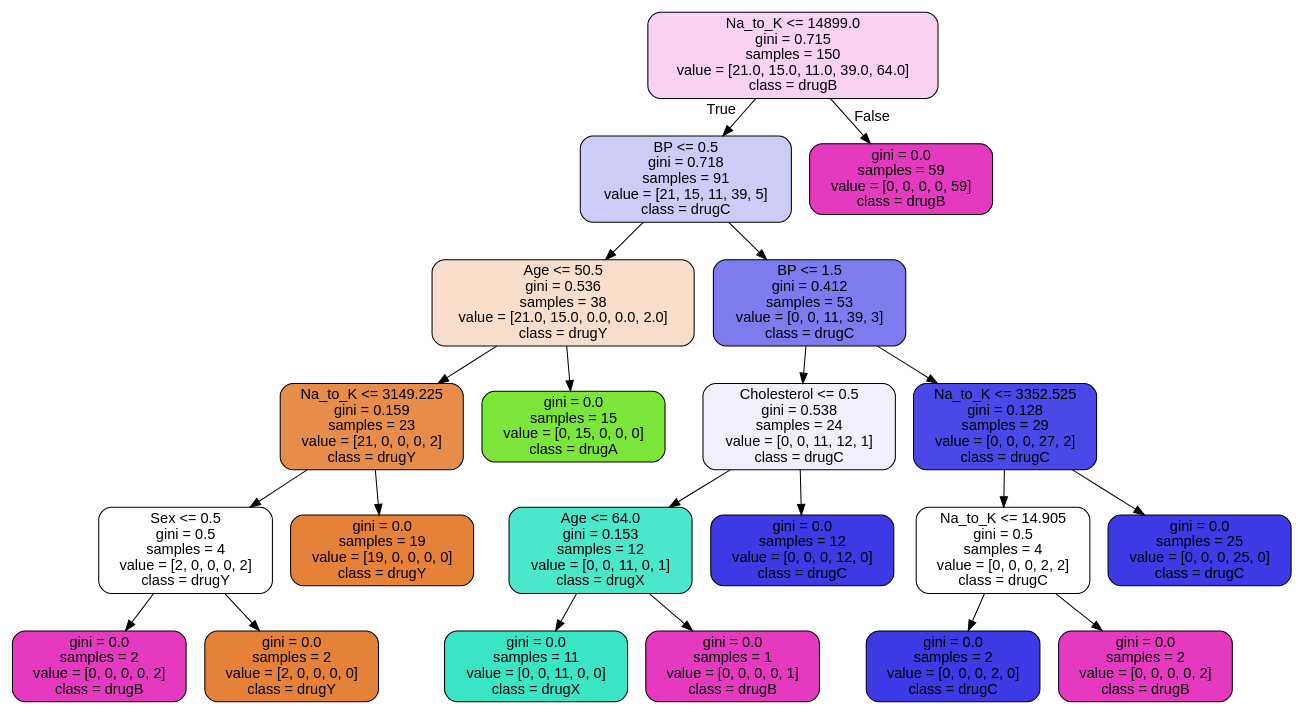
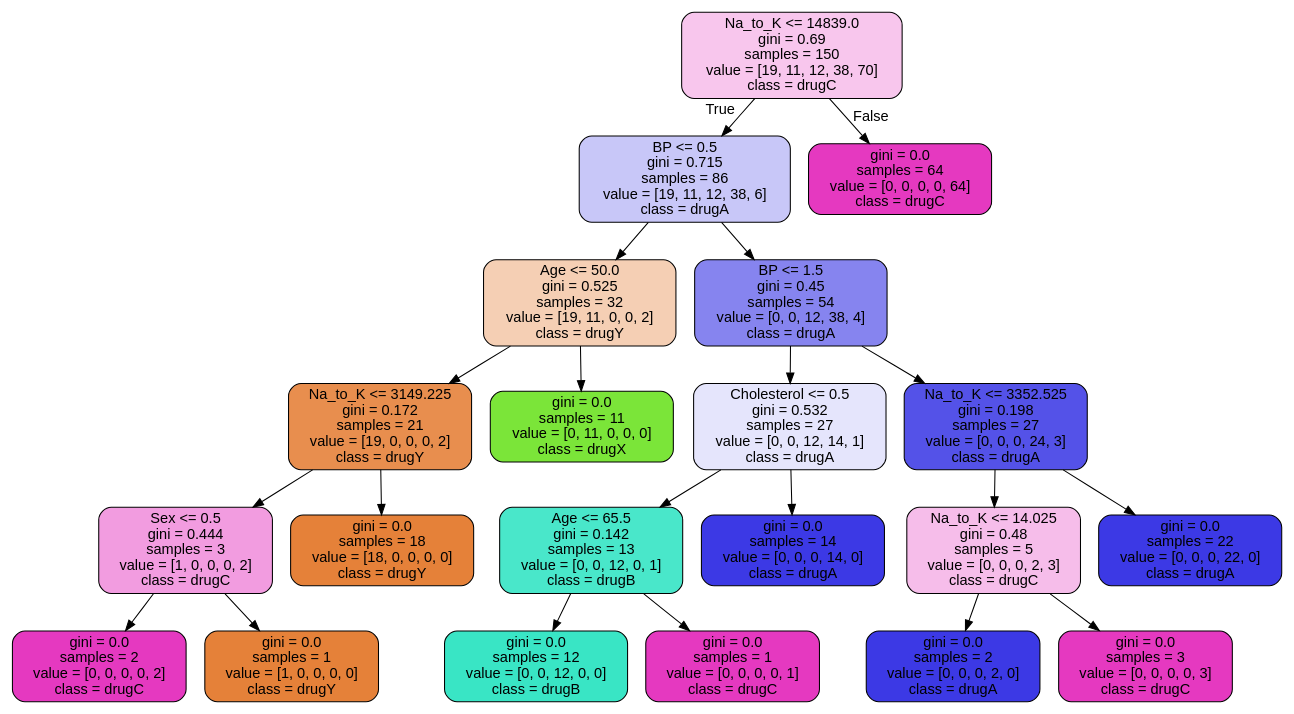
One commit to pablesite/master-matematicas changed the diagram in tecnicas-multivariantes/images/tree_clf_default.dot. Above: the diagram before and after it, drawn with Graphviz. The commit also changed 6 other files, not shown here.

```diff
--- a/tecnicas-multivariantes/images/tree_clf_default.dot
+++ b/tecnicas-multivariantes/images/tree_clf_default.dot
@@ -1,45 +1,45 @@
 digraph Tree {
 node [shape=box, style="filled, rounded", color="black", fontname="helvetica"] ;
 edge [fontname="helvetica"] ;
-0 [label="Na_to_K <= 14899.0\ngini = 0.715\nsamples = 150\nvalue = [21.0, 15.0, 11.0, 39.0, 64.0]\nclass = drugB", fillcolor="#f9d2f1"] ;
-1 [label="BP <= 0.5\ngini = 0.718\nsamples = 91\nvalue = [21, 15, 11, 39, 5]\nclass = drugC", fillcolor="#cdccf8"] ;
+0 [label="Na_to_K <= 14839.0\ngini = 0.69\nsamples = 150\nvalue = [19, 11, 12, 38, 70]\nclass = drugC", fillcolor="#f8c6ed"] ;
+1 [label="BP <= 0.5\ngini = 0.715\nsamples = 86\nvalue = [19, 11, 12, 38, 6]\nclass = drugA", fillcolor="#c8c7f8"] ;
 0 -> 1 [labeldistance=2.5, labelangle=45, headlabel="True"] ;
-2 [label="Age <= 50.5\ngini = 0.536\nsamples = 38\nvalue = [21.0, 15.0, 0.0, 0.0, 2.0]\nclass = drugY", fillcolor="#f8decb"] ;
+2 [label="Age <= 50.0\ngini = 0.525\nsamples = 32\nvalue = [19, 11, 0, 0, 2]\nclass = drugY", fillcolor="#f5cfb4"] ;
 1 -> 2 ;
-3 [label="Na_to_K <= 3149.225\ngini = 0.159\nsamples = 23\nvalue = [21, 0, 0, 0, 2]\nclass = drugY", fillcolor="#e78d4c"] ;
+3 [label="Na_to_K <= 3149.225\ngini = 0.172\nsamples = 21\nvalue = [19, 0, 0, 0, 2]\nclass = drugY", fillcolor="#e88e4e"] ;
 2 -> 3 ;
-4 [label="Sex <= 0.5\ngini = 0.5\nsamples = 4\nvalue = [2, 0, 0, 0, 2]\nclass = drugY", fillcolor="#ffffff"] ;
+4 [label="Sex <= 0.5\ngini = 0.444\nsamples = 3\nvalue = [1, 0, 0, 0, 2]\nclass = drugC", fillcolor="#f29ce0"] ;
 3 -> 4 ;
-5 [label="gini = 0.0\nsamples = 2\nvalue = [0, 0, 0, 0, 2]\nclass = drugB", fillcolor="#e539c0"] ;
+5 [label="gini = 0.0\nsamples = 2\nvalue = [0, 0, 0, 0, 2]\nclass = drugC", fillcolor="#e539c0"] ;
 4 -> 5 ;
-6 [label="gini = 0.0\nsamples = 2\nvalue = [2, 0, 0, 0, 0]\nclass = drugY", fillcolor="#e58139"] ;
+6 [label="gini = 0.0\nsamples = 1\nvalue = [1, 0, 0, 0, 0]\nclass = drugY", fillcolor="#e58139"] ;
 4 -> 6 ;
-7 [label="gini = 0.0\nsamples = 19\nvalue = [19, 0, 0, 0, 0]\nclass = drugY", fillcolor="#e58139"] ;
+7 [label="gini = 0.0\nsamples = 18\nvalue = [18, 0, 0, 0, 0]\nclass = drugY", fillcolor="#e58139"] ;
 3 -> 7 ;
-8 [label="gini = 0.0\nsamples = 15\nvalue = [0, 15, 0, 0, 0]\nclass = drugA", fillcolor="#7be539"] ;
+8 [label="gini = 0.0\nsamples = 11\nvalue = [0, 11, 0, 0, 0]\nclass = drugX", fillcolor="#7be539"] ;
 2 -> 8 ;
-9 [label="BP <= 1.5\ngini = 0.412\nsamples = 53\nvalue = [0, 0, 11, 39, 3]\nclass = drugC", fillcolor="#7d7bee"] ;
+9 [label="BP <= 1.5\ngini = 0.45\nsamples = 54\nvalue = [0, 0, 12, 38, 4]\nclass = drugA", fillcolor="#8684ef"] ;
 1 -> 9 ;
-10 [label="Cholesterol <= 0.5\ngini = 0.538\nsamples = 24\nvalue = [0, 0, 11, 12, 1]\nclass = drugC", fillcolor="#f0f0fd"] ;
+10 [label="Cholesterol <= 0.5\ngini = 0.532\nsamples = 27\nvalue = [0, 0, 12, 14, 1]\nclass = drugA", fillcolor="#e5e5fc"] ;
 9 -> 10 ;
-11 [label="Age <= 64.0\ngini = 0.153\nsamples = 12\nvalue = [0, 0, 11, 0, 1]\nclass = drugX", fillcolor="#4be7ca"] ;
+11 [label="Age <= 65.5\ngini = 0.142\nsamples = 13\nvalue = [0, 0, 12, 0, 1]\nclass = drugB", fillcolor="#49e7ca"] ;
 10 -> 11 ;
-12 [label="gini = 0.0\nsamples = 11\nvalue = [0, 0, 11, 0, 0]\nclass = drugX", fillcolor="#39e5c5"] ;
+12 [label="gini = 0.0\nsamples = 12\nvalue = [0, 0, 12, 0, 0]\nclass = drugB", fillcolor="#39e5c5"] ;
 11 -> 12 ;
-13 [label="gini = 0.0\nsamples = 1\nvalue = [0, 0, 0, 0, 1]\nclass = drugB", fillcolor="#e539c0"] ;
+13 [label="gini = 0.0\nsamples = 1\nvalue = [0, 0, 0, 0, 1]\nclass = drugC", fillcolor="#e539c0"] ;
 11 -> 13 ;
-14 [label="gini = 0.0\nsamples = 12\nvalue = [0, 0, 0, 12, 0]\nclass = drugC", fillcolor="#3c39e5"] ;
+14 [label="gini = 0.0\nsamples = 14\nvalue = [0, 0, 0, 14, 0]\nclass = drugA", fillcolor="#3c39e5"] ;
 10 -> 14 ;
-15 [label="Na_to_K <= 3352.525\ngini = 0.128\nsamples = 29\nvalue = [0, 0, 0, 27, 2]\nclass = drugC", fillcolor="#4a48e7"] ;
+15 [label="Na_to_K <= 3352.525\ngini = 0.198\nsamples = 27\nvalue = [0, 0, 0, 24, 3]\nclass = drugA", fillcolor="#5452e8"] ;
 9 -> 15 ;
-16 [label="Na_to_K <= 14.905\ngini = 0.5\nsamples = 4\nvalue = [0, 0, 0, 2, 2]\nclass = drugC", fillcolor="#ffffff"] ;
+16 [label="Na_to_K <= 14.025\ngini = 0.48\nsamples = 5\nvalue = [0, 0, 0, 2, 3]\nclass = drugC", fillcolor="#f6bdea"] ;
 15 -> 16 ;
-17 [label="gini = 0.0\nsamples = 2\nvalue = [0, 0, 0, 2, 0]\nclass = drugC", fillcolor="#3c39e5"] ;
+17 [label="gini = 0.0\nsamples = 2\nvalue = [0, 0, 0, 2, 0]\nclass = drugA", fillcolor="#3c39e5"] ;
 16 -> 17 ;
-18 [label="gini = 0.0\nsamples = 2\nvalue = [0, 0, 0, 0, 2]\nclass = drugB", fillcolor="#e539c0"] ;
+18 [label="gini = 0.0\nsamples = 3\nvalue = [0, 0, 0, 0, 3]\nclass = drugC", fillcolor="#e539c0"] ;
 16 -> 18 ;
-19 [label="gini = 0.0\nsamples = 25\nvalue = [0, 0, 0, 25, 0]\nclass = drugC", fillcolor="#3c39e5"] ;
+19 [label="gini = 0.0\nsamples = 22\nvalue = [0, 0, 0, 22, 0]\nclass = drugA", fillcolor="#3c39e5"] ;
 15 -> 19 ;
-20 [label="gini = 0.0\nsamples = 59\nvalue = [0, 0, 0, 0, 59]\nclass = drugB", fillcolor="#e539c0"] ;
+20 [label="gini = 0.0\nsamples = 64\nvalue = [0, 0, 0, 0, 64]\nclass = drugC", fillcolor="#e539c0"] ;
 0 -> 20 [labeldistance=2.5, labelangle=-45, headlabel="False"] ;
 }
```
